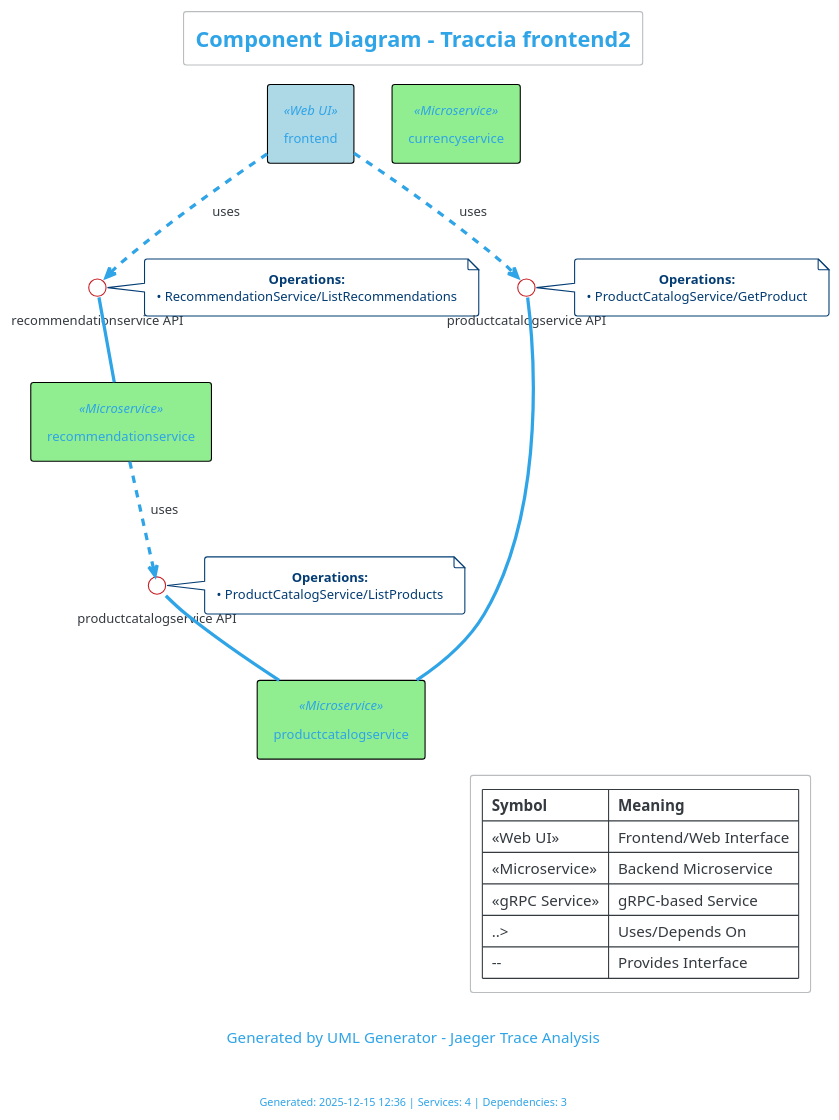
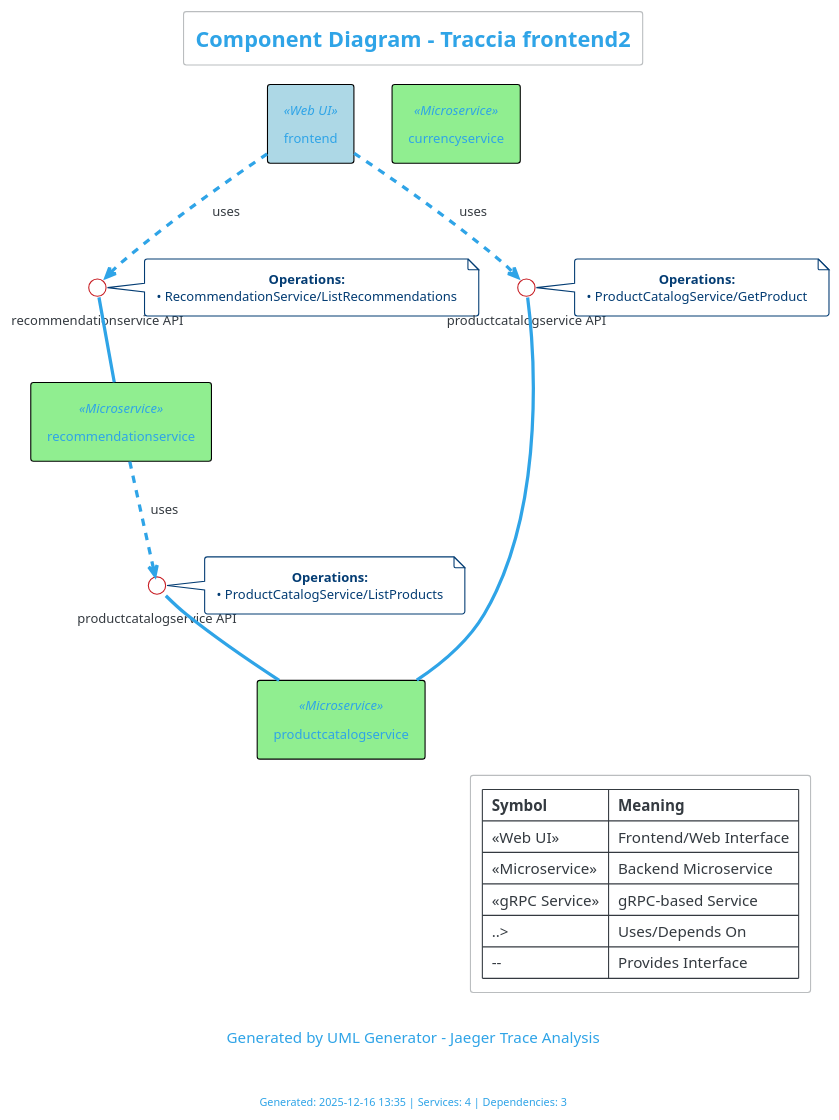
The diagram in diagrams/component-frontend2.puml (HiImLuxifer/UML_Generator), drawn with PlantUML before and after one commit. The commit also changed 124 other files, not shown here.

```diff
--- a/diagrams/component-frontend2.puml
+++ b/diagrams/component-frontend2.puml
@@ -1,67 +1,67 @@
 @startuml
 !theme cerulean-outline
 
 skinparam componentStyle rectangle
 skinparam shadowing false
 skinparam roundcorner 5
 skinparam defaultTextAlignment center
 
 skinparam component {
   BackgroundColor<<Web UI>> LightBlue
   BackgroundColor<<Microservice>> LightGreen
   BackgroundColor<<gRPC Service>> PaleGreen
   BackgroundColor<<Database>> LightYellow
   BackgroundColor<<Cache>> Wheat
   BorderColor Black
   FontSize 12
 }
 
 title Component Diagram - Traccia frontend2
 
 caption Generated by UML Generator - Jaeger Trace Analysis
 
 ' Service Components
 component "recommendationservice" <<Microservice>>
 component "currencyservice" <<Microservice>>
 component "productcatalogservice" <<Microservice>>
 component "frontend" <<Web UI>>
 
 ' Service interfaces and dependencies
 interface "productcatalogservice API" as I0
 "recommendationservice" ..> I0 : uses
 I0 -- "productcatalogservice"
 note right of I0
   **Operations:**
   • ProductCatalogService/ListProducts
 end note
 
 interface "recommendationservice API" as I1
 "frontend" ..> I1 : uses
 I1 -- "recommendationservice"
 note right of I1
   **Operations:**
   • RecommendationService/ListRecommendations
 end note
 
 interface "productcatalogservice API" as I2
 "frontend" ..> I2 : uses
 I2 -- "productcatalogservice"
 note right of I2
   **Operations:**
   • ProductCatalogService/GetProduct
 end note
 
 legend right
   |= Symbol |= Meaning |
   | <<Web UI>> | Frontend/Web Interface |
   | <<Microservice>> | Backend Microservice |
   | <<gRPC Service>> | gRPC-based Service |
   | ..> | Uses/Depends On |
   | -- | Provides Interface |
 endlegend
 
 footer
-Generated: 2025-12-15 12:36 | Services: 4 | Dependencies: 3
+Generated: 2025-12-16 13:35 | Services: 4 | Dependencies: 3
 endfooter
 
 @enduml
```
